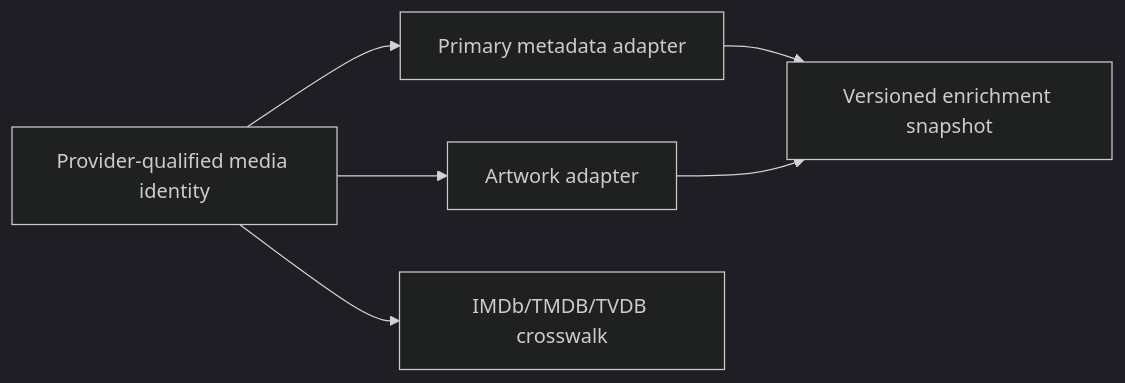
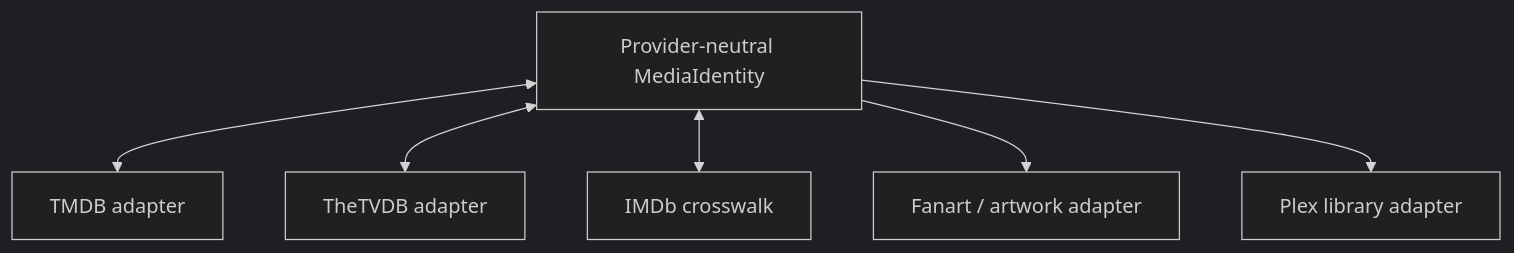
Before and after one commit to cesarnml/pirate-claw-for-dummies: the diagram in src/content/docs/reference/providers-and-licensing.md, drawn with Mermaid (dark theme). The commit also changed other lines of this file and 111 other files, not shown here.

Commit message:
docs: rewrite Pirate Claw architecture guide

````diff
--- a/src/content/docs/reference/providers-and-licensing.md
+++ b/src/content/docs/reference/providers-and-licensing.md
@@ -36,8 +54,14 @@
 ```mermaid
-flowchart LR
-  Identity[Provider-qualified media identity] --> Metadata[Primary metadata adapter]
-  Identity --> Artwork[Artwork adapter]
-  Identity --> Crosswalk[IMDb/TMDB/TVDB crosswalk]
-  Metadata --> Snapshot[Versioned enrichment snapshot]
-  Artwork --> Snapshot
+flowchart TB
+  MID[Provider-neutral MediaIdentity]
+  TM[TMDB adapter]
+  TV[TheTVDB adapter]
+  IM[IMDb crosswalk]
+  ART[Fanart / artwork adapter]
+  PX[Plex library adapter]
+  MID <--> TM
+  MID <--> TV
+  MID <--> IM
+  MID --> ART
+  MID --> PX
 ```
````
